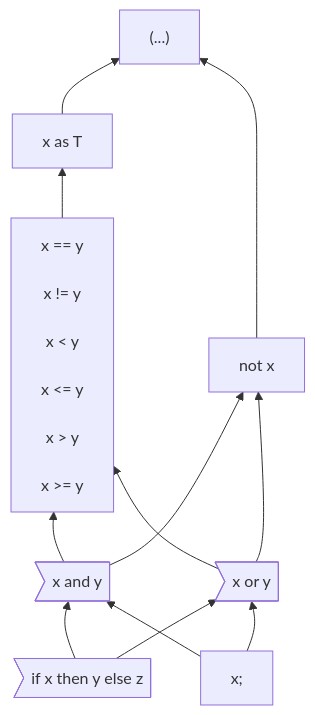
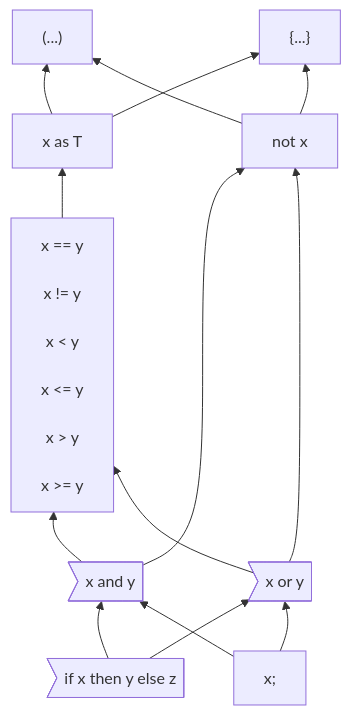
One commit to carbon-language/carbon-lang changed the first of 2 diagrams in docs/design/expressions/README.md. Above: the diagram before and after it, drawn with Mermaid.

Commit message:
Fix struct literals

````diff
--- a/docs/design/expressions/README.md
+++ b/docs/design/expressions/README.md
@@ -49,36 +49,38 @@
 ```mermaid
 %%{init: {'themeVariables': {'fontFamily': 'monospace'}}}%%
 graph BT
-    brackets["(...)"]
-    click brackets "https://github.com/carbon-language/carbon-lang/blob/trunk/docs/design/classes.md#literals"
+    parens["(...)"]
+    
+    braces["{...}"]
+    click braces "https://github.com/carbon-language/carbon-lang/blob/trunk/docs/design/classes.md#literals"
 
     as["x as T"]
     click as "https://github.com/carbon-language/carbon-lang/blob/trunk/docs/design/expressions/implicit_conversions.md"
 
     not["not x"]
     click not "https://github.com/carbon-language/carbon-lang/blob/trunk/docs/design/expressions/logical_operators.md"
 
     comparison["x == y<br>
                 x != y<br>
                 x < y<br>
                 x <= y<br>
                 x > y<br>
                 x >= y"]
     click comparison "https://github.com/carbon-language/carbon-lang/blob/trunk/docs/design/expressions/comparison_operators.md"
 
     and>"x and y"]
     click and "https://github.com/carbon-language/carbon-lang/blob/trunk/docs/design/expressions/logical_operators.md"
 
     or>"x or y"]
     click or "https://github.com/carbon-language/carbon-lang/blob/trunk/docs/design/expressions/logical_operators.md"
 
     if>"if x then y else z"]
     click if "https://github.com/carbon-language/carbon-lang/blob/trunk/docs/design/expressions/if.md"
 
     expressionEnd["x;"]
 
-    as & not --> brackets
+    as & not --> parens & braces
     comparison --> as
     and & or --> comparison & not
     if & expressionEnd --> and & or
 ```
````
